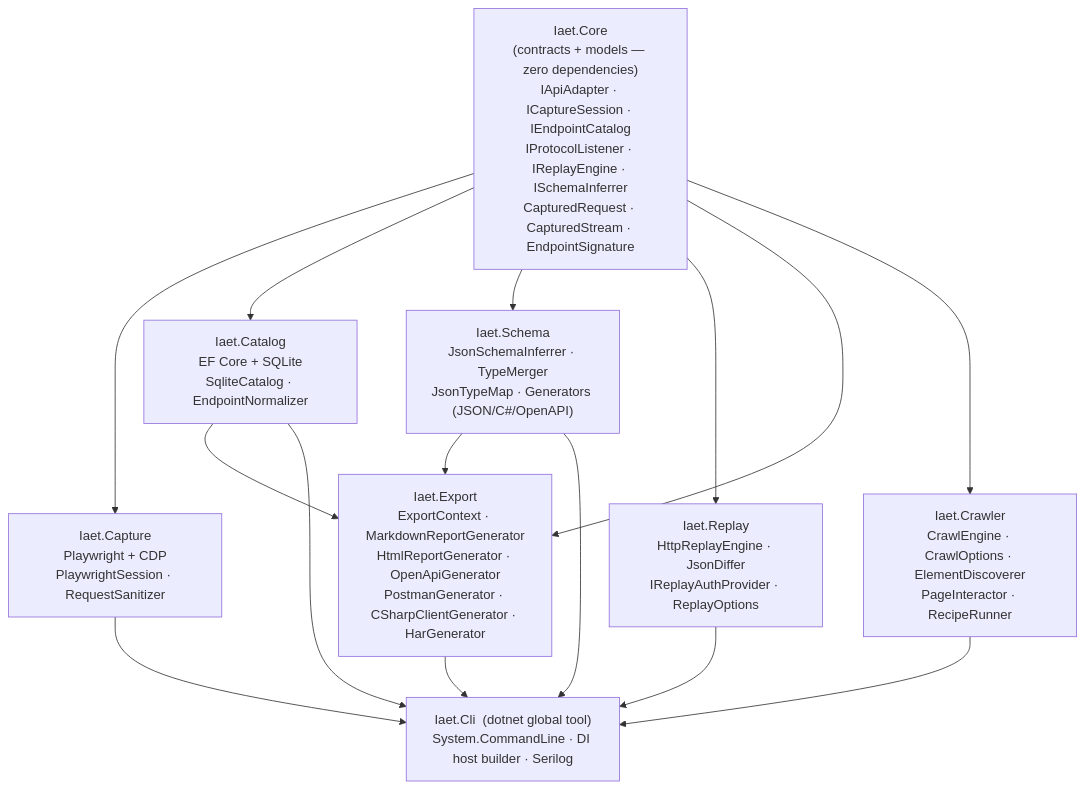
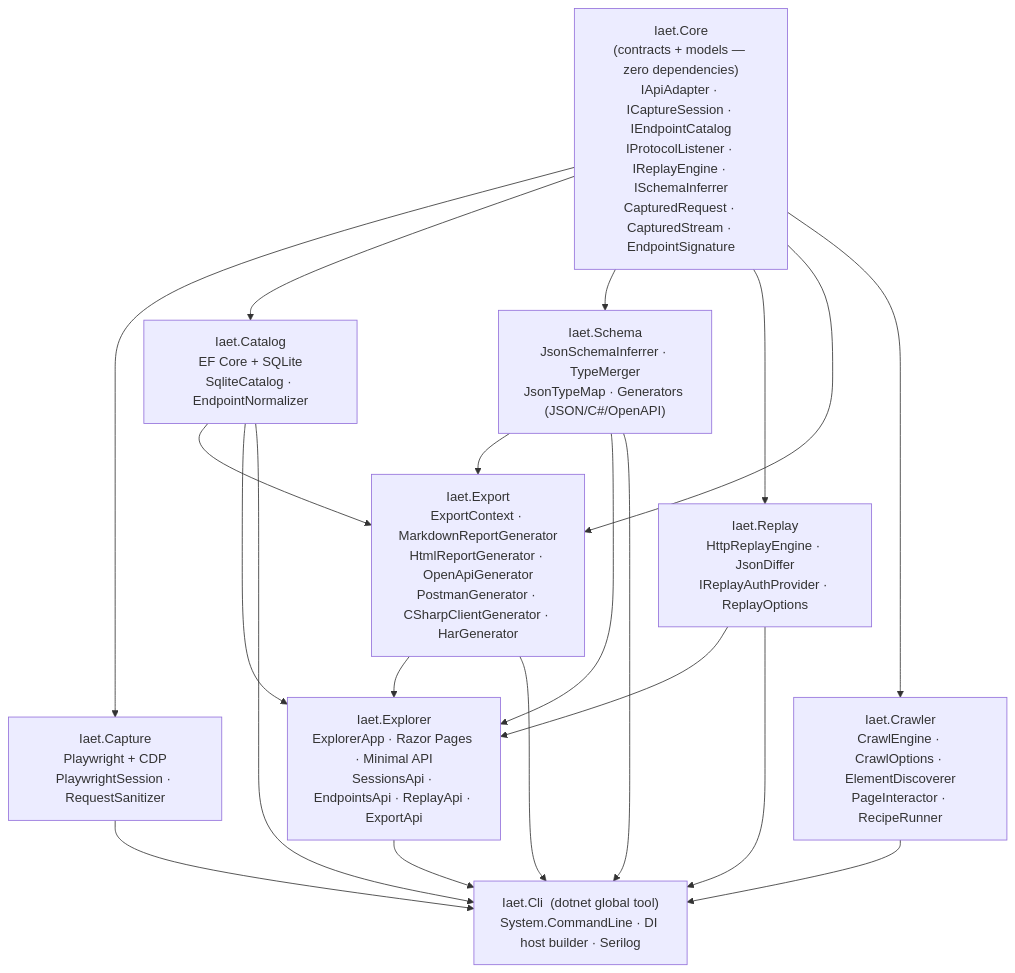
One commit to mmackelprang/IAET changed the diagram in README.md. Above: the diagram before and after it, drawn with Mermaid. The commit also changed other lines of this file and 31 other files, not shown here.

````diff
--- a/README.md
+++ b/README.md
@@ -139,44 +150,52 @@
 ```mermaid
 graph TD
     Core["Iaet.Core
 (contracts + models — zero dependencies)
 IApiAdapter · ICaptureSession · IEndpointCatalog
 IProtocolListener · IReplayEngine · ISchemaInferrer
 CapturedRequest · CapturedStream · EndpointSignature"]
     Capture["Iaet.Capture
 Playwright + CDP
 PlaywrightSession · RequestSanitizer"]
     Catalog["Iaet.Catalog
 EF Core + SQLite
 SqliteCatalog · EndpointNormalizer"]
     Schema["Iaet.Schema
 JsonSchemaInferrer · TypeMerger
 JsonTypeMap · Generators (JSON/C#/OpenAPI)"]
     Replay["Iaet.Replay
 HttpReplayEngine · JsonDiffer
 IReplayAuthProvider · ReplayOptions"]
     Export["Iaet.Export
 ExportContext · MarkdownReportGenerator
 HtmlReportGenerator · OpenApiGenerator
 PostmanGenerator · CSharpClientGenerator · HarGenerator"]
     Crawler["Iaet.Crawler
 CrawlEngine · CrawlOptions · ElementDiscoverer
 PageInteractor · RecipeRunner"]
+    Explorer["Iaet.Explorer
+ExplorerApp · Razor Pages · Minimal API
+SessionsApi · EndpointsApi · ReplayApi · ExportApi"]
     Cli["Iaet.Cli  (dotnet global tool)
 System.CommandLine · DI host builder · Serilog"]
 
     Core --> Capture
     Core --> Catalog
     Core --> Schema
     Core --> Replay
     Core --> Export
     Core --> Crawler
     Catalog --> Export
     Schema --> Export
+    Catalog --> Explorer
+    Schema --> Explorer
+    Replay --> Explorer
+    Export --> Explorer
     Capture --> Cli
     Catalog --> Cli
     Schema --> Cli
     Replay --> Cli
     Export --> Cli
     Crawler --> Cli
+    Explorer --> Cli
 ```
````
